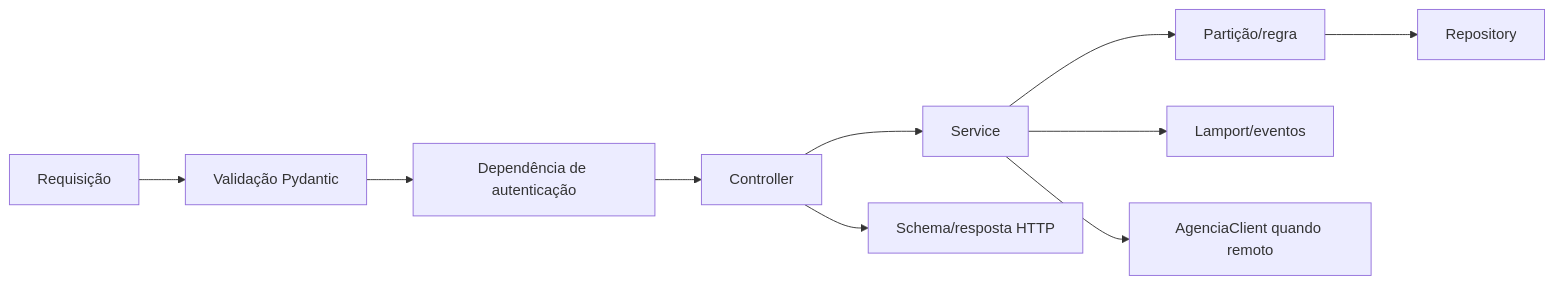
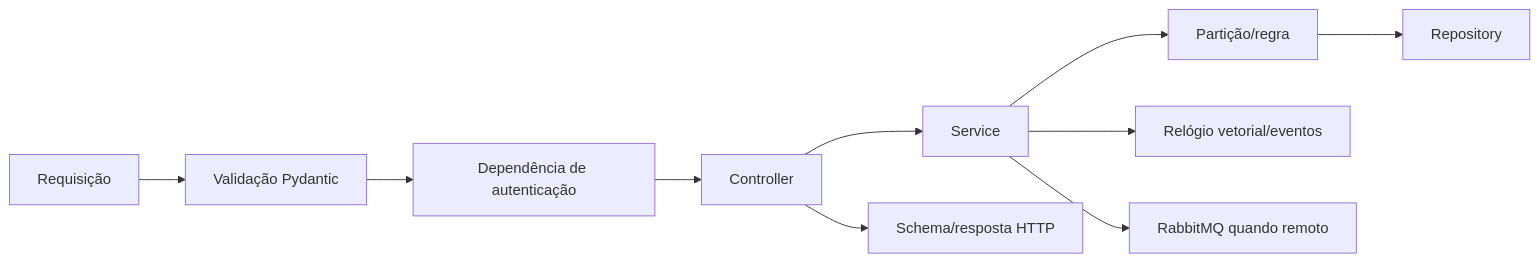
One commit to FelipeParreiras/ICEIBank changed the diagram in docs/BACKEND_FASTAPI.md. Above: the diagram before and after it, drawn with Mermaid. The commit also changed other lines of this file and 13 other files, not shown here.

````diff
--- a/docs/BACKEND_FASTAPI.md
+++ b/docs/BACKEND_FASTAPI.md
@@ -39,12 +43,12 @@
 ```mermaid
 flowchart LR
     R["Requisição"] --> V["Validação Pydantic"]
     V --> A["Dependência de autenticação"]
     A --> C["Controller"]
     C --> S["Service"]
     S --> P["Partição/regra"]
     P --> D["Repository"]
-    S --> L["Lamport/eventos"]
-    S --> H["AgenciaClient quando remoto"]
+    S --> L["Relógio vetorial/eventos"]
+    S --> H["RabbitMQ quando remoto"]
     C --> E["Schema/resposta HTTP"]
 ```
````
